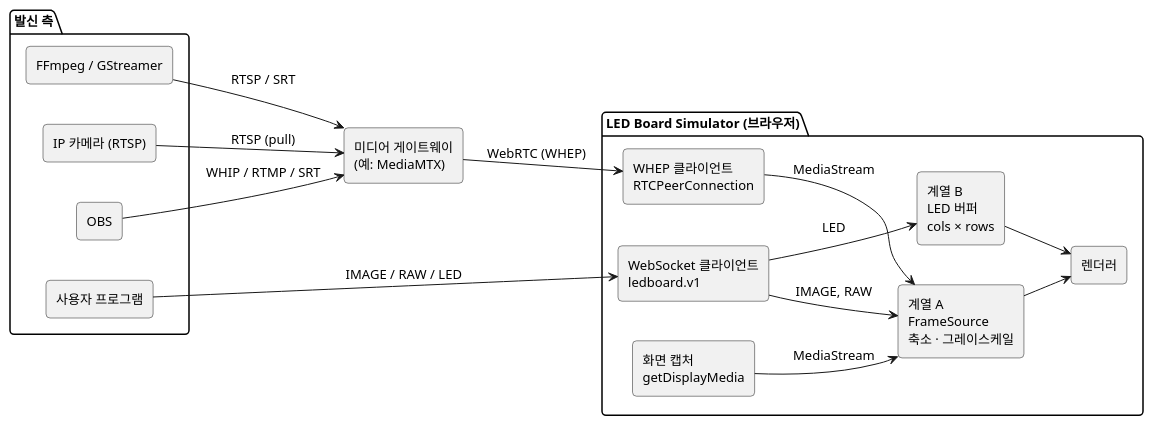
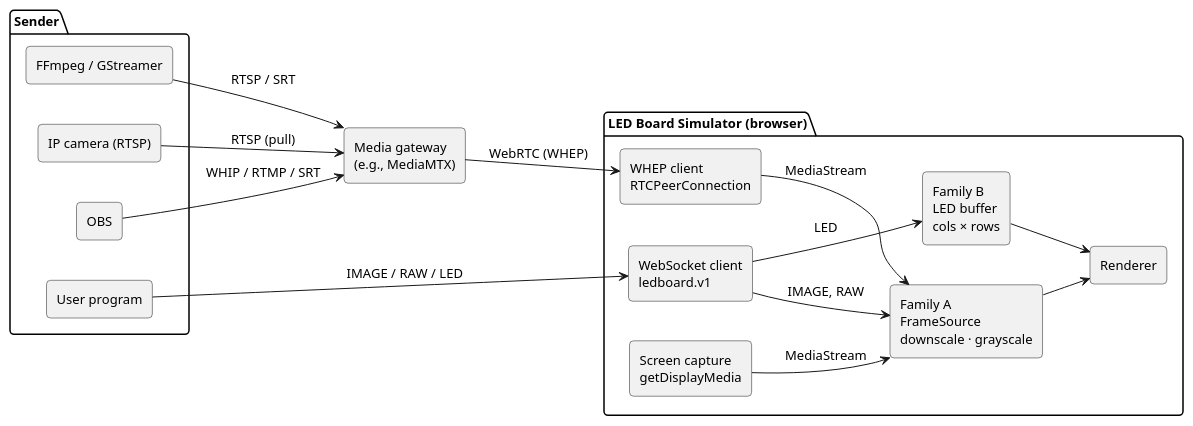
One commit to jujuroa/ledboard changed the first of 5 diagrams in docs/source-interface.md. Above: the diagram before and after it, drawn with PlantUML. The commit also changed other lines of this file and 7 other files, not shown here.

````diff
--- a/docs/source-interface.md
+++ b/docs/source-interface.md
@@ -44,43 +46,43 @@
 ```plantuml
 @startuml
 skinparam backgroundColor #FFFFFF
 skinparam shadowing false
 skinparam defaultFontName "Malgun Gothic"
 skinparam defaultFontSize 13
 skinparam roundCorner 8
 skinparam nodesep 40
 skinparam ranksep 45
 skinparam componentStyle rectangle
 left to right direction
 
-package "발신 측" {
+package "Sender" {
   [OBS] as OBS
   [FFmpeg / GStreamer] as FF
-  [IP 카메라 (RTSP)] as IPC
-  [사용자 프로그램] as App
+  [IP camera (RTSP)] as IPC
+  [User program] as App
 }
 
-component "미디어 게이트웨이\n(예: MediaMTX)" as GW
+component "Media gateway\n(e.g., MediaMTX)" as GW
 
-package "LED Board Simulator (브라우저)" {
-  component "WHEP 클라이언트\nRTCPeerConnection" as WHEP
-  component "WebSocket 클라이언트\nledboard.v1" as WS
-  component "화면 캡처\ngetDisplayMedia" as CAP
-  component "계열 A\nFrameSource\n축소 · 그레이스케일" as A
-  component "계열 B\nLED 버퍼\ncols × rows" as B
-  component "렌더러" as R
+package "LED Board Simulator (browser)" {
+  component "WHEP client\nRTCPeerConnection" as WHEP
+  component "WebSocket client\nledboard.v1" as WS
+  component "Screen capture\ngetDisplayMedia" as CAP
+  component "Family A\nFrameSource\ndownscale · grayscale" as A
+  component "Family B\nLED buffer\ncols × rows" as B
+  component "Renderer" as R
 }
 
 OBS --> GW : WHIP / RTMP / SRT
 FF --> GW : RTSP / SRT
 IPC --> GW : RTSP (pull)
 GW --> WHEP : WebRTC (WHEP)
 App --> WS : IMAGE / RAW / LED
 WHEP --> A : MediaStream
 CAP --> A : MediaStream
 WS --> A : IMAGE, RAW
 WS --> B : LED
 A --> R
 B --> R
 @enduml
 ```
````
